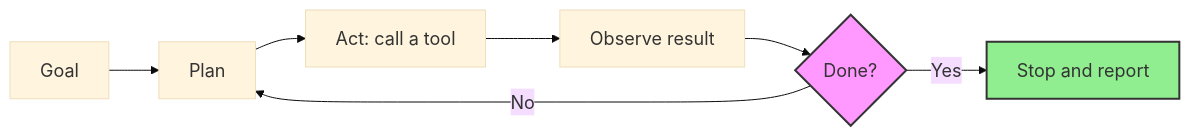
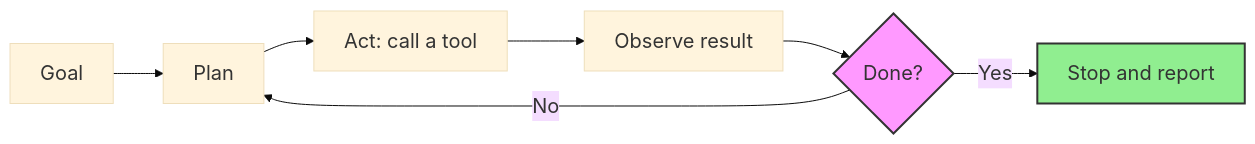
One commit to danilofreire/datasci101 changed the diagram in lectures/lecture-15/15-agents.qmd. Above: the diagram before and after it, drawn with Mermaid. The commit also changed other lines of this file and 21 other files, not shown here.

````diff
--- a/lectures/lecture-15/15-agents.qmd
+++ b/lectures/lecture-15/15-agents.qmd
@@ -263,12 +273,12 @@
 ```{mermaid}
-%%{init: {'theme': 'base', 'themeVariables': {'fontSize': '18px'}}}%%
+%%{init: {'theme': 'base', 'themeVariables': {'fontSize': '20px'}}}%%
 flowchart LR
     A[Goal] --> B[Plan]
     B --> C[Act: call a tool]
     C --> D[Observe result]
     D --> E{Done?}
     E -->|No| B
     E -->|Yes| F[Stop and report]
     style E fill:#f9f,stroke:#333,stroke-width:2px
     style F fill:#90EE90,stroke:#333,stroke-width:2px
 ```
````
